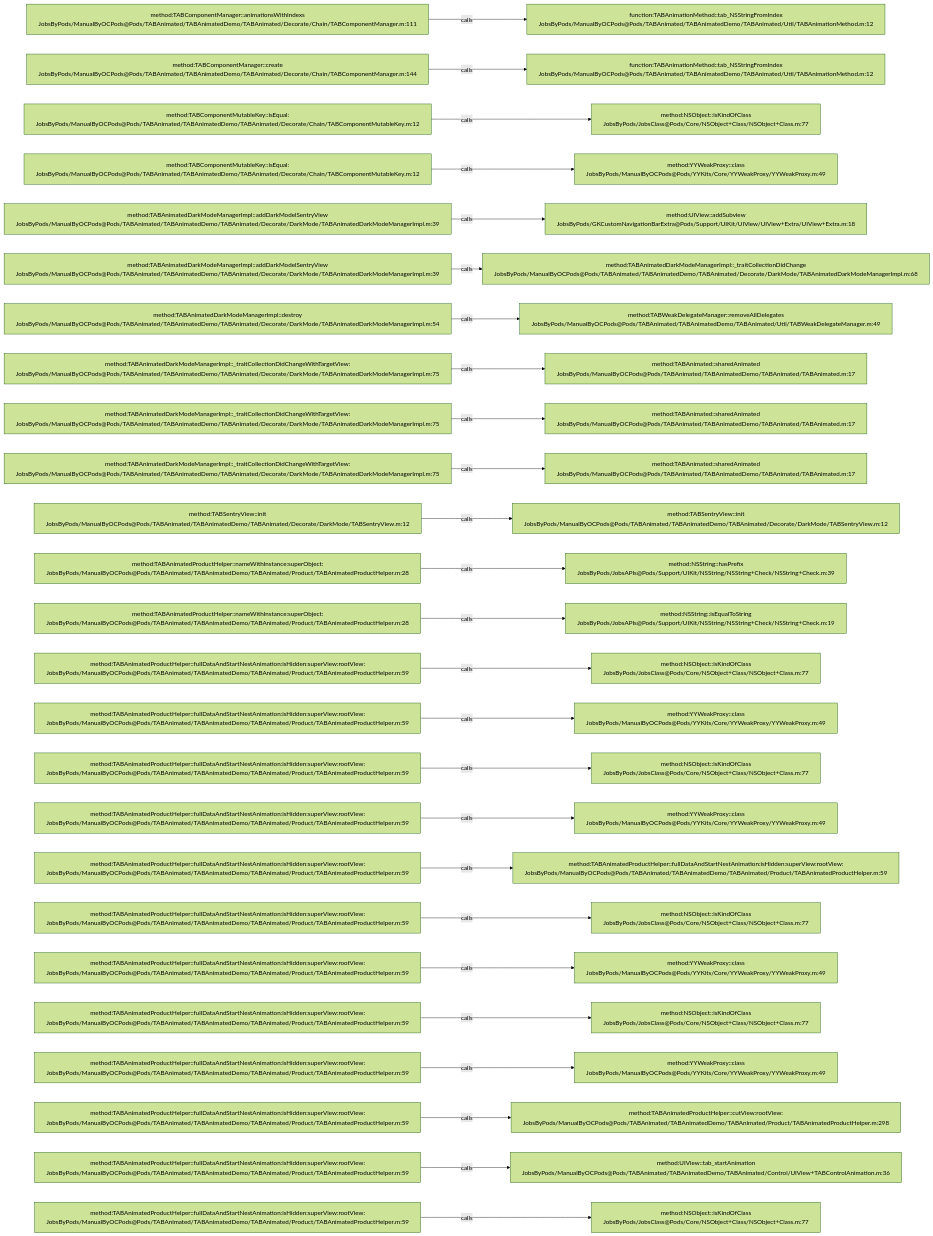
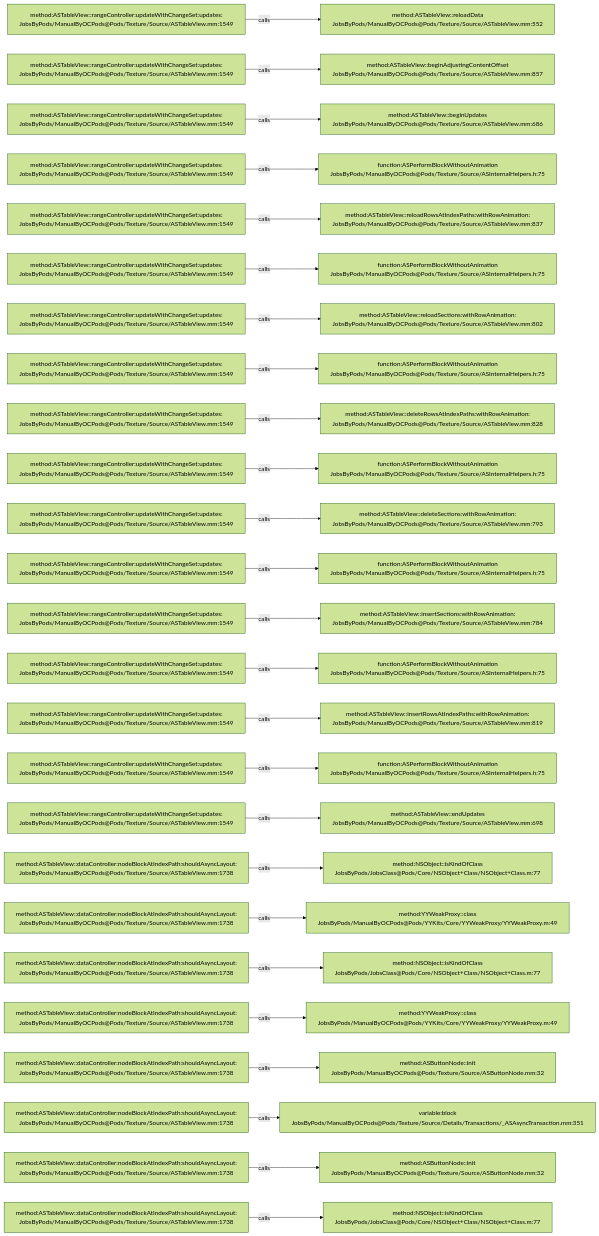
Before and after one commit to JobsKits/JobsOCBaseConfigDemo: the diagram in .codegraph/codegraph.md/graphs/calls-138.md, drawn with Mermaid (forest theme). The commit also changed 2162 other files, not shown here.

````diff
--- a/.codegraph/codegraph.md/graphs/calls-138.md
+++ b/.codegraph/codegraph.md/graphs/calls-138.md
@@ -13,78 +13,78 @@
 ```mermaid
 flowchart LR
-  S1["method:TABComponentManager::animationsWithIndexs<br/>JobsByPods/ManualByOCPods@Pods/TABAnimated/TABAnimatedDemo/TABAnimated/Decorate/Chain/TABComponentManager.m:111"]
-  T1["function:TABAnimationMethod::tab_NSStringFromIndex<br/>JobsByPods/ManualByOCPods@Pods/TABAnimated/TABAnimatedDemo/TABAnimated/Util/TABAnimationMethod.m:12"]
+  S1["method:ASTableView::rangeController:updateWithChangeSet:updates:<br/>JobsByPods/ManualByOCPods@Pods/Texture/Source/ASTableView.mm:1549"]
+  T1["method:ASTableView::reloadData<br/>JobsByPods/ManualByOCPods@Pods/Texture/Source/ASTableView.mm:552"]
   S1 -->|calls| T1
-  S2["method:TABComponentManager::create<br/>JobsByPods/ManualByOCPods@Pods/TABAnimated/TABAnimatedDemo/TABAnimated/Decorate/Chain/TABComponentManager.m:144"]
-  T2["function:TABAnimationMethod::tab_NSStringFromIndex<br/>JobsByPods/ManualByOCPods@Pods/TABAnimated/TABAnimatedDemo/TABAnimated/Util/TABAnimationMethod.m:12"]
+  S2["method:ASTableView::rangeController:updateWithChangeSet:updates:<br/>JobsByPods/ManualByOCPods@Pods/Texture/Source/ASTableView.mm:1549"]
+  T2["method:ASTableView::beginAdjustingContentOffset<br/>JobsByPods/ManualByOCPods@Pods/Texture/Source/ASTableView.mm:857"]
   S2 -->|calls| T2
-  S3["method:TABComponentMutableKey::isEqual:<br/>JobsByPods/ManualByOCPods@Pods/TABAnimated/TABAnimatedDemo/TABAnimated/Decorate/Chain/TABComponentMutableKey.m:12"]
-  T3["method:NSObject::isKindOfClass<br/>JobsByPods/JobsClass@Pods/Core/NSObject+Class/NSObject+Class.m:77"]
+  S3["method:ASTableView::rangeController:updateWithChangeSet:updates:<br/>JobsByPods/ManualByOCPods@Pods/Texture/Source/ASTableView.mm:1549"]
+  T3["method:ASTableView::beginUpdates<br/>JobsByPods/ManualByOCPods@Pods/Texture/Source/ASTableView.mm:686"]
   S3 -->|calls| T3
-  S4["method:TABComponentMutableKey::isEqual:<br/>JobsByPods/ManualByOCPods@Pods/TABAnimated/TABAnimatedDemo/TABAnimated/Decorate/Chain/TABComponentMutableKey.m:12"]
-  T4["method:YYWeakProxy::class<br/>JobsByPods/ManualByOCPods@Pods/YYKits/Core/YYWeakProxy/YYWeakProxy.m:49"]
+  S4["method:ASTableView::rangeController:updateWithChangeSet:updates:<br/>JobsByPods/ManualByOCPods@Pods/Texture/Source/ASTableView.mm:1549"]
+  T4["function:ASPerformBlockWithoutAnimation<br/>JobsByPods/ManualByOCPods@Pods/Texture/Source/ASInternalHelpers.h:75"]
   S4 -->|calls| T4
-  S5["method:TABAnimatedDarkModeManagerImpl::addDarkModelSentryView<br/>JobsByPods/ManualByOCPods@Pods/TABAnimated/TABAnimatedDemo/TABAnimated/Decorate/DarkMode/TABAnimatedDarkModeManagerImpl.m:39"]
-  T5["method:UIView::addSubview<br/>JobsByPods/GKCustomNavigationBarExtra@Pods/Support/UIKit/UIView/UIView+Extra/UIView+Extra.m:18"]
+  S5["method:ASTableView::rangeController:updateWithChangeSet:updates:<br/>JobsByPods/ManualByOCPods@Pods/Texture/Source/ASTableView.mm:1549"]
+  T5["method:ASTableView::reloadRowsAtIndexPaths:withRowAnimation:<br/>JobsByPods/ManualByOCPods@Pods/Texture/Source/ASTableView.mm:837"]
   S5 -->|calls| T5
-  S6["method:TABAnimatedDarkModeManagerImpl::addDarkModelSentryView<br/>JobsByPods/ManualByOCPods@Pods/TABAnimated/TABAnimatedDemo/TABAnimated/Decorate/DarkMode/TABAnimatedDarkModeManagerImpl.m:39"]
-  T6["method:TABAnimatedDarkModeManagerImpl::_traitCollectionDidChange<br/>JobsByPods/ManualByOCPods@Pods/TABAnimated/TABAnimatedDemo/TABAnimated/Decorate/DarkMode/TABAnimatedDarkModeManagerImpl.m:68"]
+  S6["method:ASTableView::rangeController:updateWithChangeSet:updates:<br/>JobsByPods/ManualByOCPods@Pods/Texture/Source/ASTableView.mm:1549"]
+  T6["function:ASPerformBlockWithoutAnimation<br/>JobsByPods/ManualByOCPods@Pods/Texture/Source/ASInternalHelpers.h:75"]
   S6 -->|calls| T6
-  S7["method:TABAnimatedDarkModeManagerImpl::destroy<br/>JobsByPods/ManualByOCPods@Pods/TABAnimated/TABAnimatedDemo/TABAnimated/Decorate/DarkMode/TABAnimatedDarkModeManagerImpl.m:54"]
-  T7["method:TABWeakDelegateManager::removeAllDelegates<br/>JobsByPods/ManualByOCPods@Pods/TABAnimated/TABAnimatedDemo/TABAnimated/Util/TABWeakDelegateManager.m:49"]
+  S7["method:ASTableView::rangeController:updateWithChangeSet:updates:<br/>JobsByPods/ManualByOCPods@Pods/Texture/Source/ASTableView.mm:1549"]
+  T7["method:ASTableView::reloadSections:withRowAnimation:<br/>JobsByPods/ManualByOCPods@Pods/Texture/Source/ASTableView.mm:802"]
   S7 -->|calls| T7
-  S8["method:TABAnimatedDarkModeManagerImpl::_traitCollectionDidChangeWithTargetView:<br/>JobsByPods/ManualByOCPods@Pods/TABAnimated/TABAnimatedDemo/TABAnimated/Decorate/DarkMode/TABAnimatedDarkModeManagerImpl.m:75"]
-  T8["method:TABAnimated::sharedAnimated<br/>JobsByPods/ManualByOCPods@Pods/TABAnimated/TABAnimatedDemo/TABAnimated/TABAnimated.m:17"]
+  S8["method:ASTableView::rangeController:updateWithChangeSet:updates:<br/>JobsByPods/ManualByOCPods@Pods/Texture/Source/ASTableView.mm:1549"]
+  T8["function:ASPerformBlockWithoutAnimation<br/>JobsByPods/ManualByOCPods@Pods/Texture/Source/ASInternalHelpers.h:75"]
   S8 -->|calls| T8
-  S9["method:TABAnimatedDarkModeManagerImpl::_traitCollectionDidChangeWithTargetView:<br/>JobsByPods/ManualByOCPods@Pods/TABAnimated/TABAnimatedDemo/TABAnimated/Decorate/DarkMode/TABAnimatedDarkModeManagerImpl.m:75"]
-  T9["method:TABAnimated::sharedAnimated<br/>JobsByPods/ManualByOCPods@Pods/TABAnimated/TABAnimatedDemo/TABAnimated/TABAnimated.m:17"]
+  S9["method:ASTableView::rangeController:updateWithChangeSet:updates:<br/>JobsByPods/ManualByOCPods@Pods/Texture/Source/ASTableView.mm:1549"]
+  T9["method:ASTableView::deleteRowsAtIndexPaths:withRowAnimation:<br/>JobsByPods/ManualByOCPods@Pods/Texture/Source/ASTableView.mm:828"]
   S9 -->|calls| T9
-  S10["method:TABAnimatedDarkModeManagerImpl::_traitCollectionDidChangeWithTargetView:<br/>JobsByPods/ManualByOCPods@Pods/TABAnimated/TABAnimatedDemo/TABAnimated/Decorate/DarkMode/TABAnimatedDarkModeManagerImpl.m:75"]
-  T10["method:TABAnimated::sharedAnimated<br/>JobsByPods/ManualByOCPods@Pods/TABAnimated/TABAnimatedDemo/TABAnimated/TABAnimated.m:17"]
+  S10["method:ASTableView::rangeController:updateWithChangeSet:updates:<br/>JobsByPods/ManualByOCPods@Pods/Texture/Source/ASTableView.mm:1549"]
+  T10["function:ASPerformBlockWithoutAnimation<br/>JobsByPods/ManualByOCPods@Pods/Texture/Source/ASInternalHelpers.h:75"]
   S10 -->|calls| T10
-  S11["method:TABSentryView::init<br/>JobsByPods/ManualByOCPods@Pods/TABAnimated/TABAnimatedDemo/TABAnimated/Decorate/DarkMode/TABSentryView.m:12"]
-  T11["method:TABSentryView::init<br/>JobsByPods/ManualByOCPods@Pods/TABAnimated/TABAnimatedDemo/TABAnimated/Decorate/DarkMode/TABSentryView.m:12"]
+  S11["method:ASTableView::rangeController:updateWithChangeSet:updates:<br/>JobsByPods/ManualByOCPods@Pods/Texture/Source/ASTableView.mm:1549"]
+  T11["method:ASTableView::deleteSections:withRowAnimation:<br/>JobsByPods/ManualByOCPods@Pods/Texture/Source/ASTableView.mm:793"]
   S11 -->|calls| T11
-  S12["method:TABAnimatedProductHelper::nameWithInstance:superObject:<br/>JobsByPods/ManualByOCPods@Pods/TABAnimated/TABAnimatedDemo/TABAnimated/Product/TABAnimatedProductHelper.m:28"]
-  T12["method:NSString::hasPrefix<br/>JobsByPods/JobsAPIs@Pods/Support/UIKit/NSString/NSString+Check/NSString+Check.m:39"]
+  S12["method:ASTableView::rangeController:updateWithChangeSet:updates:<br/>JobsByPods/ManualByOCPods@Pods/Texture/Source/ASTableView.mm:1549"]
+  T12["function:ASPerformBlockWithoutAnimation<br/>JobsByPods/ManualByOCPods@Pods/Texture/Source/ASInternalHelpers.h:75"]
   S12 -->|calls| T12
-  S13["method:TABAnimatedProductHelper::nameWithInstance:superObject:<br/>JobsByPods/ManualByOCPods@Pods/TABAnimated/TABAnimatedDemo/TABAnimated/Product/TABAnimatedProductHelper.m:28"]
-  T13["method:NSString::isEqualToString<br/>JobsByPods/JobsAPIs@Pods/Support/UIKit/NSString/NSString+Check/NSString+Check.m:19"]
+  S13["method:ASTableView::rangeController:updateWithChangeSet:updates:<br/>JobsByPods/ManualByOCPods@Pods/Texture/Source/ASTableView.mm:1549"]
+  T13["method:ASTableView::insertSections:withRowAnimation:<br/>JobsByPods/ManualByOCPods@Pods/Texture/Source/ASTableView.mm:784"]
   S13 -->|calls| T13
-  S14["method:TABAnimatedProductHelper::fullDataAndStartNestAnimation:isHidden:superView:rootView:<br/>JobsByPods/ManualByOCPods@Pods/TABAnimated/TABAnimatedDemo/TABAnimated/Product/TABAnimatedProductHelper.m:59"]
-  T14["method:NSObject::isKindOfClass<br/>JobsByPods/JobsClass@Pods/Core/NSObject+Class/NSObject+Class.m:77"]
+  S14["method:ASTableView::rangeController:updateWithChangeSet:updates:<br/>JobsByPods/ManualByOCPods@Pods/Texture/Source/ASTableView.mm:1549"]
+  T14["function:ASPerformBlockWithoutAnimation<br/>JobsByPods/ManualByOCPods@Pods/Texture/Source/ASInternalHelpers.h:75"]
   S14 -->|calls| T14
-  S15["method:TABAnimatedProductHelper::fullDataAndStartNestAnimation:isHidden:superView:rootView:<br/>JobsByPods/ManualByOCPods@Pods/TABAnimated/TABAnimatedDemo/TABAnimated/Product/TABAnimatedProductHelper.m:59"]
-  T15["method:YYWeakProxy::class<br/>JobsByPods/ManualByOCPods@Pods/YYKits/Core/YYWeakProxy/YYWeakProxy.m:49"]
+  S15["method:ASTableView::rangeController:updateWithChangeSet:updates:<br/>JobsByPods/ManualByOCPods@Pods/Texture/Source/ASTableView.mm:1549"]
+  T15["method:ASTableView::insertRowsAtIndexPaths:withRowAnimation:<br/>JobsByPods/ManualByOCPods@Pods/Texture/Source/ASTableView.mm:819"]
   S15 -->|calls| T15
-  S16["method:TABAnimatedProductHelper::fullDataAndStartNestAnimation:isHidden:superView:rootView:<br/>JobsByPods/ManualByOCPods@Pods/TABAnimated/TABAnimatedDemo/TABAnimated/Product/TABAnimatedProductHelper.m:59"]
-  T16["method:NSObject::isKindOfClass<br/>JobsByPods/JobsClass@Pods/Core/NSObject+Class/NSObject+Class.m:77"]
+  S16["method:ASTableView::rangeController:updateWithChangeSet:updates:<br/>JobsByPods/ManualByOCPods@Pods/Texture/Source/ASTableView.mm:1549"]
+  T16["function:ASPerformBlockWithoutAnimation<br/>JobsByPods/ManualByOCPods@Pods/Texture/Source/ASInternalHelpers.h:75"]
   S16 -->|calls| T16
-  S17["method:TABAnimatedProductHelper::fullDataAndStartNestAnimation:isHidden:superView:rootView:<br/>JobsByPods/ManualByOCPods@Pods/TABAnimated/TABAnimatedDemo/TABAnimated/Product/TABAnimatedProductHelper.m:59"]
-  T17["method:YYWeakProxy::class<br/>JobsByPods/ManualByOCPods@Pods/YYKits/Core/YYWeakProxy/YYWeakProxy.m:49"]
+  S17["method:ASTableView::rangeController:updateWithChangeSet:updates:<br/>JobsByPods/ManualByOCPods@Pods/Texture/Source/ASTableView.mm:1549"]
+  T17["method:ASTableView::endUpdates<br/>JobsByPods/ManualByOCPods@Pods/Texture/Source/ASTableView.mm:698"]
   S17 -->|calls| T17
-  S18["method:TABAnimatedProductHelper::fullDataAndStartNestAnimation:isHidden:superView:rootView:<br/>JobsByPods/ManualByOCPods@Pods/TABAnimated/TABAnimatedDemo/TABAnimated/Product/TABAnimatedProductHelper.m:59"]
-  T18["method:TABAnimatedProductHelper::fullDataAndStartNestAnimation:isHidden:superView:rootView:<br/>JobsByPods/ManualByOCPods@Pods/TABAnimated/TABAnimatedDemo/TABAnimated/Product/TABAnimatedProductHelper.m:59"]
+  S18["method:ASTableView::dataController:nodeBlockAtIndexPath:shouldAsyncLayout:<br/>JobsByPods/ManualByOCPods@Pods/Texture/Source/ASTableView.mm:1738"]
+  T18["method:NSObject::isKindOfClass<br/>JobsByPods/JobsClass@Pods/Core/NSObject+Class/NSObject+Class.m:77"]
   S18 -->|calls| T18
-  S19["method:TABAnimatedProductHelper::fullDataAndStartNestAnimation:isHidden:superView:rootView:<br/>JobsByPods/ManualByOCPods@Pods/TABAnimated/TABAnimatedDemo/TABAnimated/Product/TABAnimatedProductHelper.m:59"]
-  T19["method:NSObject::isKindOfClass<br/>JobsByPods/JobsClass@Pods/Core/NSObject+Class/NSObject+Class.m:77"]
+  S19["method:ASTableView::dataController:nodeBlockAtIndexPath:shouldAsyncLayout:<br/>JobsByPods/ManualByOCPods@Pods/Texture/Source/ASTableView.mm:1738"]
+  T19["method:YYWeakProxy::class<br/>JobsByPods/ManualByOCPods@Pods/YYKits/Core/YYWeakProxy/YYWeakProxy.m:49"]
   S19 -->|calls| T19
-  S20["method:TABAnimatedProductHelper::fullDataAndStartNestAnimation:isHidden:superView:rootView:<br/>JobsByPods/ManualByOCPods@Pods/TABAnimated/TABAnimatedDemo/TABAnimated/Product/TABAnimatedProductHelper.m:59"]
-  T20["method:YYWeakProxy::class<br/>JobsByPods/ManualByOCPods@Pods/YYKits/Core/YYWeakProxy/YYWeakProxy.m:49"]
+  S20["method:ASTableView::dataController:nodeBlockAtIndexPath:shouldAsyncLayout:<br/>JobsByPods/ManualByOCPods@Pods/Texture/Source/ASTableView.mm:1738"]
+  T20["method:NSObject::isKindOfClass<br/>JobsByPods/JobsClass@Pods/Core/NSObject+Class/NSObject+Class.m:77"]
   S20 -->|calls| T20
-  S21["method:TABAnimatedProductHelper::fullDataAndStartNestAnimation:isHidden:superView:rootView:<br/>JobsByPods/ManualByOCPods@Pods/TABAnimated/TABAnimatedDemo/TABAnimated/Product/TABAnimatedProductHelper.m:59"]
-  T21["method:NSObject::isKindOfClass<br/>JobsByPods/JobsClass@Pods/Core/NSObject+Class/NSObject+Class.m:77"]
+  S21["method:ASTableView::dataController:nodeBlockAtIndexPath:shouldAsyncLayout:<br/>JobsByPods/ManualByOCPods@Pods/Texture/Source/ASTableView.mm:1738"]
+  T21["method:YYWeakProxy::class<br/>JobsByPods/ManualByOCPods@Pods/YYKits/Core/YYWeakProxy/YYWeakProxy.m:49"]
   S21 -->|calls| T21
-  S22["method:TABAnimatedProductHelper::fullDataAndStartNestAnimation:isHidden:superView:rootView:<br/>JobsByPods/ManualByOCPods@Pods/TABAnimated/TABAnimatedDemo/TABAnimated/Product/TABAnimatedProductHelper.m:59"]
-  T22["method:YYWeakProxy::class<br/>JobsByPods/ManualByOCPods@Pods/YYKits/Core/YYWeakProxy/YYWeakProxy.m:49"]
+  S22["method:ASTableView::dataController:nodeBlockAtIndexPath:shouldAsyncLayout:<br/>JobsByPods/ManualByOCPods@Pods/Texture/Source/ASTableView.mm:1738"]
+  T22["method:ASButtonNode::init<br/>JobsByPods/ManualByOCPods@Pods/Texture/Source/ASButtonNode.mm:32"]
   S22 -->|calls| T22
-  S23["method:TABAnimatedProductHelper::fullDataAndStartNestAnimation:isHidden:superView:rootView:<br/>JobsByPods/ManualByOCPods@Pods/TABAnimated/TABAnimatedDemo/TABAnimated/Product/TABAnimatedProductHelper.m:59"]
-  T23["method:TABAnimatedProductHelper::cutView:rootView:<br/>JobsByPods/ManualByOCPods@Pods/TABAnimated/TABAnimatedDemo/TABAnimated/Product/TABAnimatedProductHelper.m:298"]
+  S23["method:ASTableView::dataController:nodeBlockAtIndexPath:shouldAsyncLayout:<br/>JobsByPods/ManualByOCPods@Pods/Texture/Source/ASTableView.mm:1738"]
+  T23["variable:block<br/>JobsByPods/ManualByOCPods@Pods/Texture/Source/Details/Transactions/_ASAsyncTransaction.mm:351"]
   S23 -->|calls| T23
-  S24["method:TABAnimatedProductHelper::fullDataAndStartNestAnimation:isHidden:superView:rootView:<br/>JobsByPods/ManualByOCPods@Pods/TABAnimated/TABAnimatedDemo/TABAnimated/Product/TABAnimatedProductHelper.m:59"]
-  T24["method:UIView::tab_startAnimation<br/>JobsByPods/ManualByOCPods@Pods/TABAnimated/TABAnimatedDemo/TABAnimated/Control/UIView+TABControlAnimation.m:36"]
+  S24["method:ASTableView::dataController:nodeBlockAtIndexPath:shouldAsyncLayout:<br/>JobsByPods/ManualByOCPods@Pods/Texture/Source/ASTableView.mm:1738"]
+  T24["method:ASButtonNode::init<br/>JobsByPods/ManualByOCPods@Pods/Texture/Source/ASButtonNode.mm:32"]
   S24 -->|calls| T24
-  S25["method:TABAnimatedProductHelper::fullDataAndStartNestAnimation:isHidden:superView:rootView:<br/>JobsByPods/ManualByOCPods@Pods/TABAnimated/TABAnimatedDemo/TABAnimated/Product/TABAnimatedProductHelper.m:59"]
+  S25["method:ASTableView::dataController:nodeBlockAtIndexPath:shouldAsyncLayout:<br/>JobsByPods/ManualByOCPods@Pods/Texture/Source/ASTableView.mm:1738"]
   T25["method:NSObject::isKindOfClass<br/>JobsByPods/JobsClass@Pods/Core/NSObject+Class/NSObject+Class.m:77"]
   S25 -->|calls| T25
 ```
````
